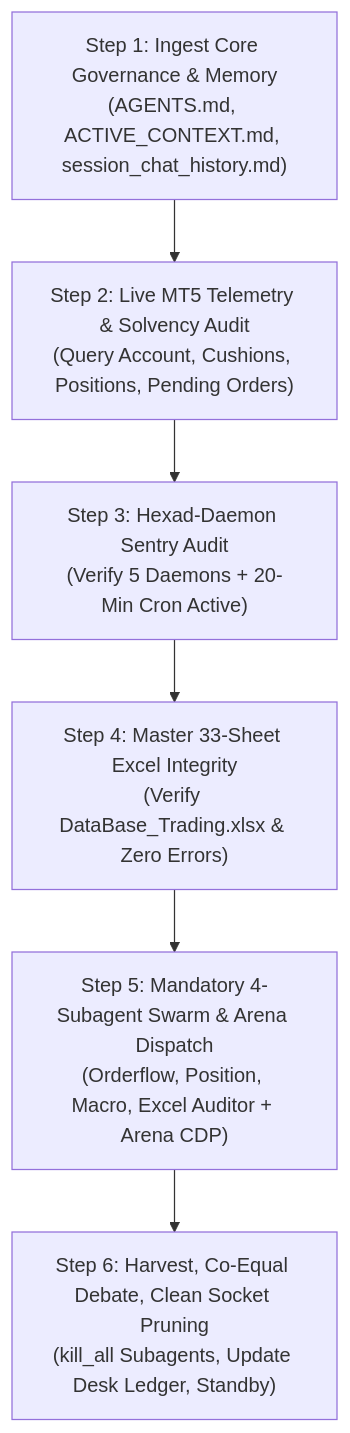
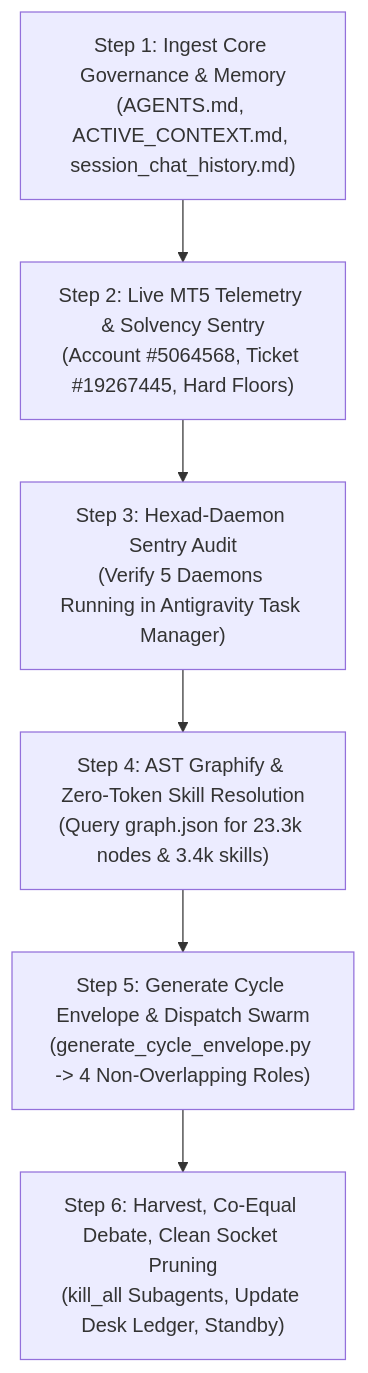
Before and after one commit to kbsingh1399/Trading_2: the diagram in Data/Manditory/ACCOUNT_SWITCH_BOOTSTRAP_PROTOCOL.md, drawn with Mermaid. The commit also changed other lines of this file, not shown here.

Commit message:
docs(bootstrap): comprehensively upgrade Turn-0 account switch bootstrap protocol

````diff
--- a/Data/Manditory/ACCOUNT_SWITCH_BOOTSTRAP_PROTOCOL.md
+++ b/Data/Manditory/ACCOUNT_SWITCH_BOOTSTRAP_PROTOCOL.md
@@ -23,11 +25,11 @@
 ```mermaid
 flowchart TD
     Step1["Step 1: Ingest Core Governance & Memory<br/>(AGENTS.md, ACTIVE_CONTEXT.md, session_chat_history.md)"]
-    Step2["Step 2: Live MT5 Telemetry & Solvency Audit<br/>(Query Account, Cushions, Positions, Pending Orders)"]
-    Step3["Step 3: Hexad-Daemon Sentry Audit<br/>(Verify 5 Daemons + 20-Min Cron Active)"]
-    Step4["Step 4: Master 33-Sheet Excel Integrity<br/>(Verify DataBase_Trading.xlsx & Zero Errors)"]
-    Step5["Step 5: Mandatory 4-Subagent Swarm & Arena Dispatch<br/>(Orderflow, Position, Macro, Excel Auditor + Arena CDP)"]
+    Step2["Step 2: Live MT5 Telemetry & Solvency Sentry<br/>(Account #5064568, Ticket #19267445, Hard Floors)"]
+    Step3["Step 3: Hexad-Daemon Sentry Audit<br/>(Verify 5 Daemons Running in Antigravity Task Manager)"]
+    Step4["Step 4: AST Graphify & Zero-Token Skill Resolution<br/>(Query graph.json for 23.3k nodes & 3.4k skills)"]
+    Step5["Step 5: Generate Cycle Envelope & Dispatch Swarm<br/>(generate_cycle_envelope.py -> 4 Non-Overlapping Roles)"]
     Step6["Step 6: Harvest, Co-Equal Debate, Clean Socket Pruning<br/>(kill_all Subagents, Update Desk Ledger, Standby)"]
 
     Step1 --> Step2 --> Step3 --> Step4 --> Step5 --> Step6
 ```
````
